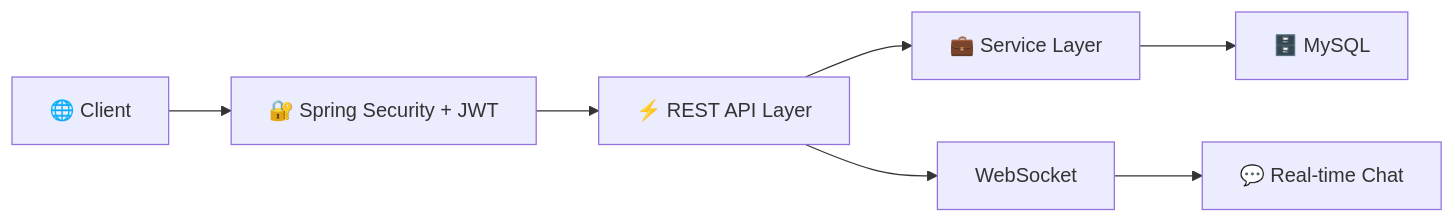
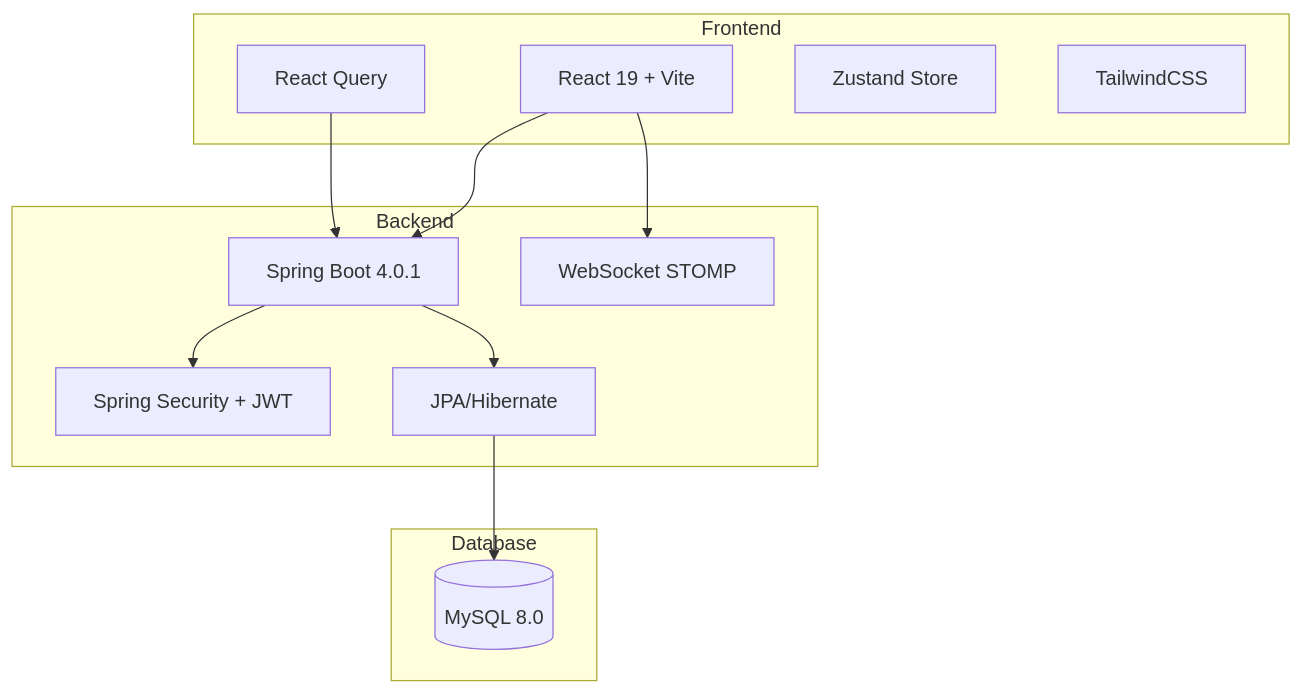
The diagram in README.md (letriduc121121/ShoeShop), drawn with Mermaid before and after one commit. The commit also changed other lines of this file, not shown here.

````diff
--- a/README.md
+++ b/README.md
@@ -68,9 +84,27 @@
 ```mermaid
-graph LR
-    A[🌐 Client] --> B[🔐 Spring Security + JWT]
-    B --> C[⚡ REST API Layer]
-    C --> D[💼 Service Layer]
-    D --> E[🗄️ MySQL]
-    C --> F[ WebSocket]
-    F --> G[💬 Real-time Chat]
+graph TB
+    subgraph Frontend
+        A[React 19 + Vite]
+        B[React Query]
+        C[Zustand Store]
+        D[TailwindCSS]
+    end
+    
+    subgraph Backend
+        E[Spring Boot 4.0.1]
+        F[Spring Security + JWT]
+        G[WebSocket STOMP]
+        H[JPA/Hibernate]
+    end
+    
+    subgraph Database
+        I[(MySQL 8.0)]
+    end
+    
+    A --> E
+    B --> E
+    A --> G
+    E --> F
+    E --> H
+    H --> I
 ```
````
